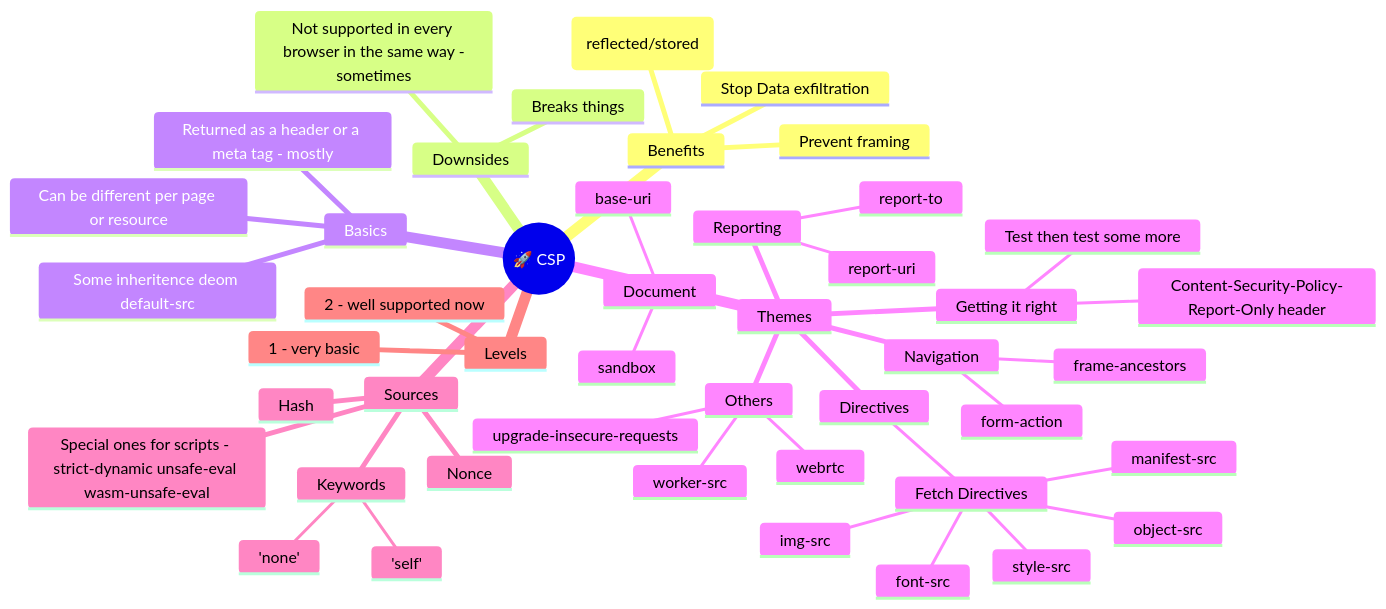
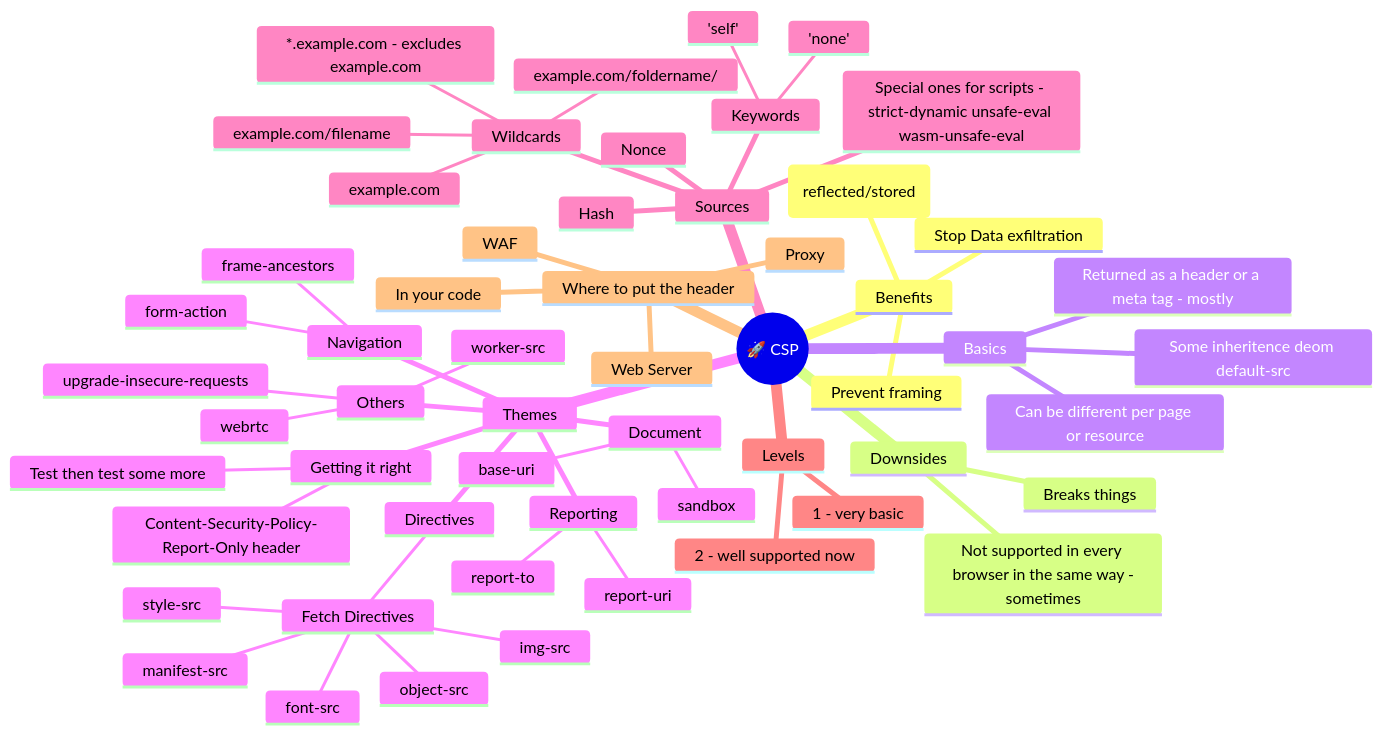
Before and after one commit to gitstua/Mindmaps: the diagram in csp.md, drawn with Mermaid.

Commit message:
Add wildcards section to CSP documentation

````diff
--- a/csp.md
+++ b/csp.md
@@ -3,51 +3,61 @@
 ```mermaid
 mindmap
   root((🚀 CSP ))
     Benefits
       XSS (reflected/stored)
       Stop Data exfiltration
       Prevent framing
     Downsides
       Breaks things
       Not supported in every browser in the same way -sometimes
     Basics
       Returned as a header or a meta tag - mostly
       Can be different per page or resource
       Some inheritence deom default-src
     Themes
       Directives
         Fetch Directives
           manifest-src
           img-src
           font-src
           object-src
           style-src
       Navigation
         frame-ancestors
         form-action
       Reporting
         report-uri
         report-to
       Document
         sandbox
         base-uri
       Others
         worker-src
         webrtc
         upgrade-insecure-requests
       Getting it right
         Content-Security-Policy-Report-Only header
         Test then test some more
     Sources
       Keywords
         'self'
         'none'
       Hash
       Nonce
+      Wildcards
+        *.example.com - excludes example.com
+        example.com
+        example.com/filename
+        example.com/foldername/
       Special ones for scripts - strict-dynamic unsafe-eval wasm-unsafe-eval
     Levels
       1 - very basic
       2 - well supported now
-
+    Where to put the header
+      In your code
+      Web Server
+      WAF
+      Proxy
+      
         
 ```
````
